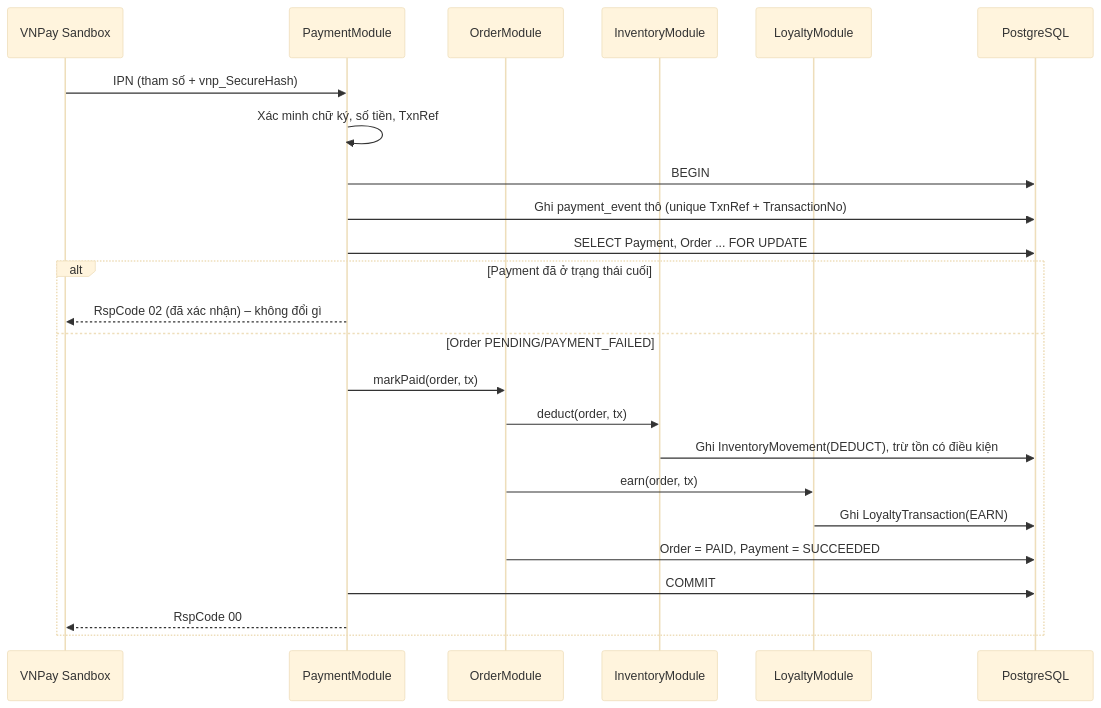
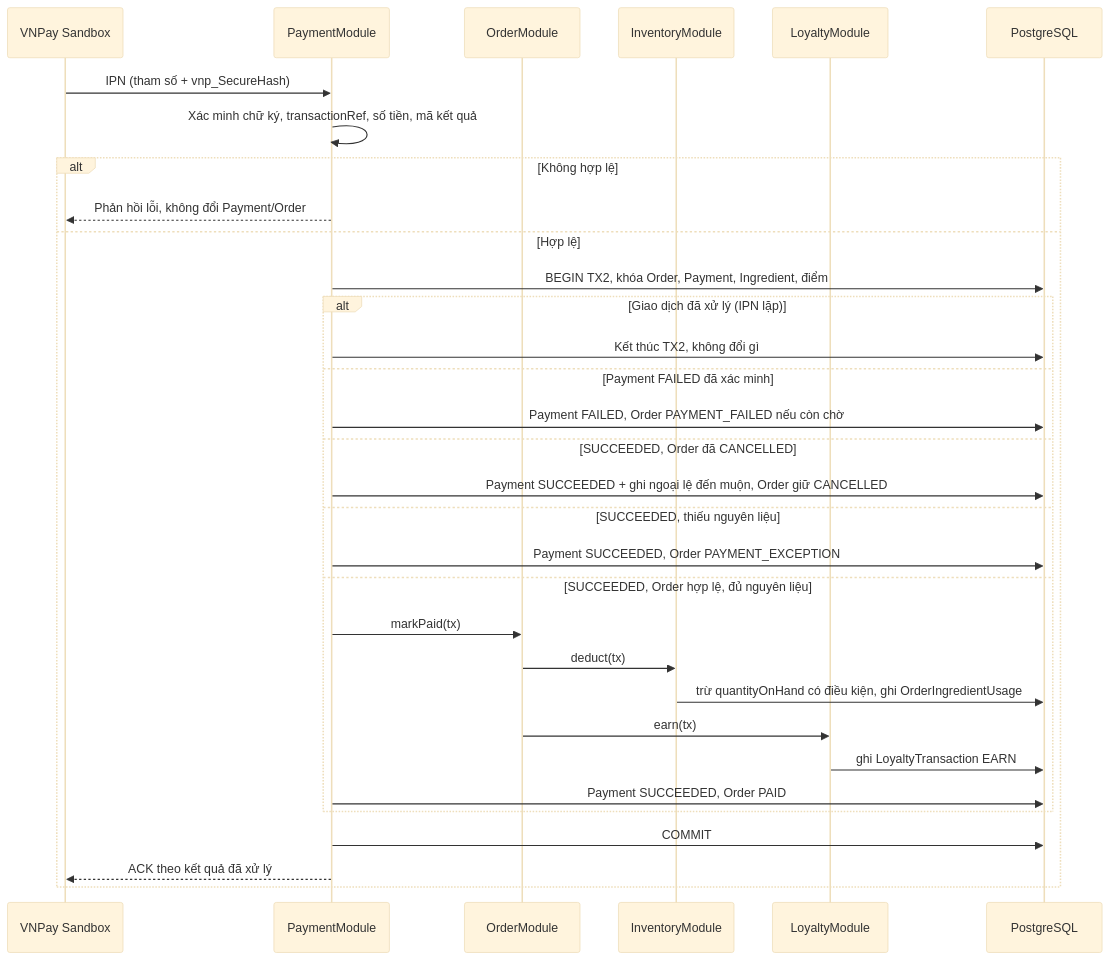
Before and after one commit to mhien06/SWE_A2: the second of 2 diagrams in docs/architecture/architecture.md, drawn with Mermaid (base theme). The commit also changed other lines of this file and 19 other files, not shown here.

Commit message:
docs(task3.1): dong bo kien truc va ADR voi SRS, Use Case, Domain Class va Sequence

````diff
--- a/docs/architecture/architecture.md
+++ b/docs/architecture/architecture.md
@@ -119,26 +137,34 @@
 ```mermaid
 sequenceDiagram
     participant V as VNPay Sandbox
     participant P as PaymentModule
     participant O as OrderModule
     participant I as InventoryModule
     participant L as LoyaltyModule
     participant D as PostgreSQL
     V->>P: IPN (tham số + vnp_SecureHash)
-    P->>P: Xác minh chữ ký, số tiền, TxnRef
-    P->>D: BEGIN
-    P->>D: Ghi payment_event thô (unique TxnRef + TransactionNo)
-    P->>D: SELECT Payment, Order ... FOR UPDATE
-    alt Payment đã ở trạng thái cuối
-        P-->>V: RspCode 02 (đã xác nhận) – không đổi gì
-    else Order PENDING/PAYMENT_FAILED
-        P->>O: markPaid(order, tx)
-        O->>I: deduct(order, tx)
-        I->>D: Ghi InventoryMovement(DEDUCT), trừ tồn có điều kiện
-        O->>L: earn(order, tx)
-        L->>D: Ghi LoyaltyTransaction(EARN)
-        O->>D: Order = PAID, Payment = SUCCEEDED
+    P->>P: Xác minh chữ ký, transactionRef, số tiền, mã kết quả
+    alt Không hợp lệ
+        P-->>V: Phản hồi lỗi, không đổi Payment/Order
+    else Hợp lệ
+        P->>D: BEGIN TX2, khóa Order, Payment, Ingredient, điểm
+        alt Giao dịch đã xử lý (IPN lặp)
+            P->>D: Kết thúc TX2, không đổi gì
+        else Payment FAILED đã xác minh
+            P->>D: Payment FAILED, Order PAYMENT_FAILED nếu còn chờ
+        else SUCCEEDED, Order đã CANCELLED
+            P->>D: Payment SUCCEEDED + ghi ngoại lệ đến muộn, Order giữ CANCELLED
+        else SUCCEEDED, thiếu nguyên liệu
+            P->>D: Payment SUCCEEDED, Order PAYMENT_EXCEPTION
+        else SUCCEEDED, Order hợp lệ, đủ nguyên liệu
+            P->>O: markPaid(tx)
+            O->>I: deduct(tx)
+            I->>D: trừ quantityOnHand có điều kiện, ghi OrderIngredientUsage
+            O->>L: earn(tx)
+            L->>D: ghi LoyaltyTransaction EARN
+            P->>D: Payment SUCCEEDED, Order PAID
+        end
         P->>D: COMMIT
-        P-->>V: RspCode 00
+        P-->>V: ACK theo kết quả đã xử lý
     end
 ```
````
